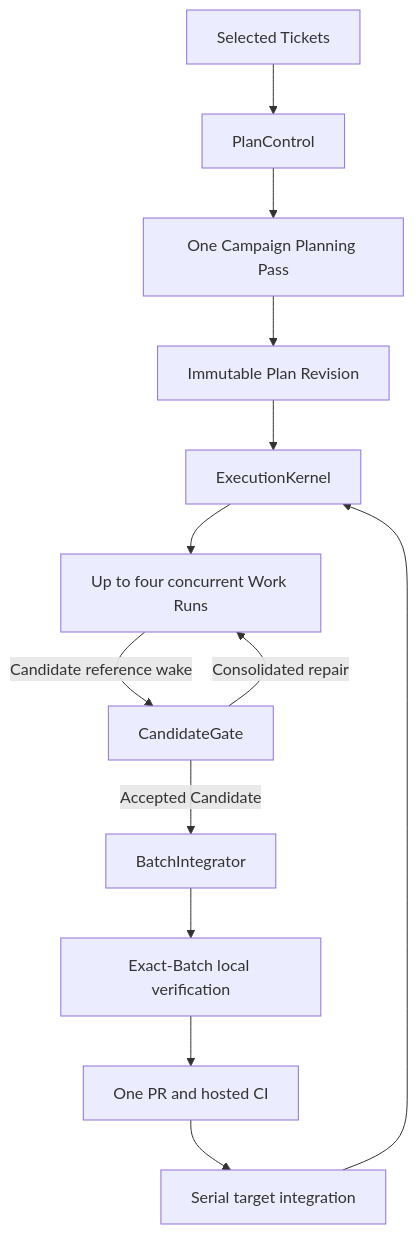
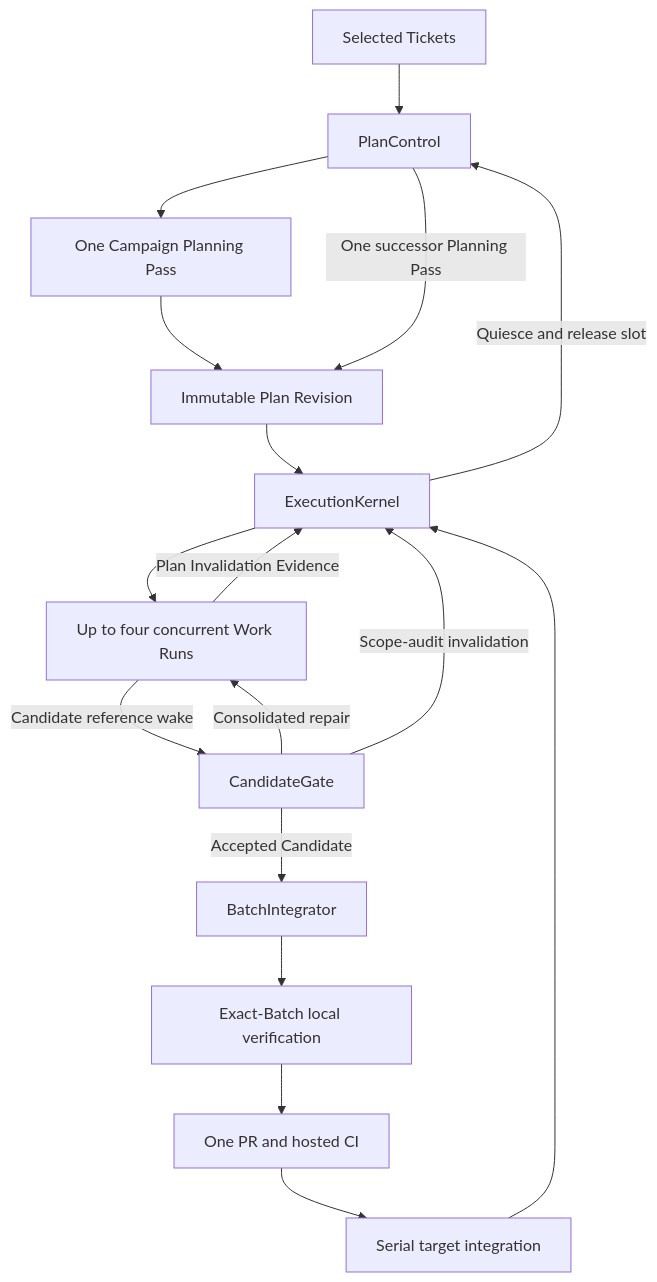
One commit to NOirBRight/github-work-orchestrator changed the diagram in docs/design/gwo-v8-lean-architecture.md. Above: the diagram before and after it, drawn with Mermaid. The commit also changed other lines of this file and 9 other files, not shown here.

````diff
--- a/docs/design/gwo-v8-lean-architecture.md
+++ b/docs/design/gwo-v8-lean-architecture.md
@@ -92,15 +92,19 @@
 ```mermaid
 flowchart TD
     T["Selected Tickets"] --> PC["PlanControl"]
     PC --> CP["One Campaign Planning Pass"]
     CP --> PR["Immutable Plan Revision"]
     PR --> EK["ExecutionKernel"]
     EK --> W["Up to four concurrent Work Runs"]
     W -->|Candidate reference wake| CG["CandidateGate"]
     CG -->|Consolidated repair| W
     CG -->|Accepted Candidate| BI["BatchIntegrator"]
     BI --> LC["Exact-Batch local verification"]
     LC --> GH["One PR and hosted CI"]
     GH --> IN["Serial target integration"]
     IN --> EK
+    W -->|Plan Invalidation Evidence| EK
+    EK -->|Quiesce and release slot| PC
+    CG -->|Scope-audit invalidation| EK
+    PC -->|One successor Planning Pass| PR
 ```
````
